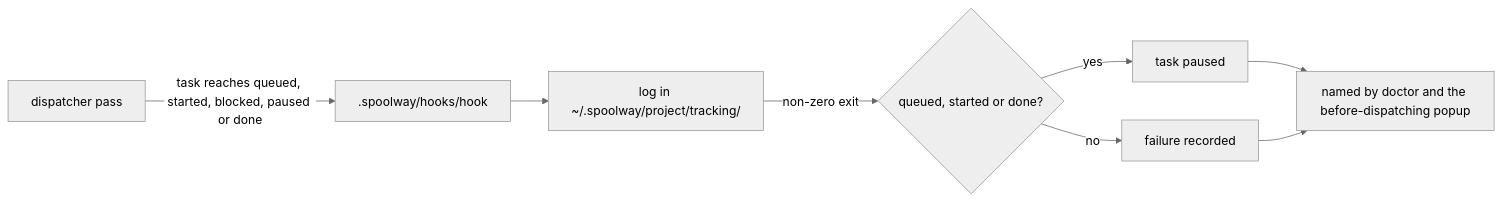
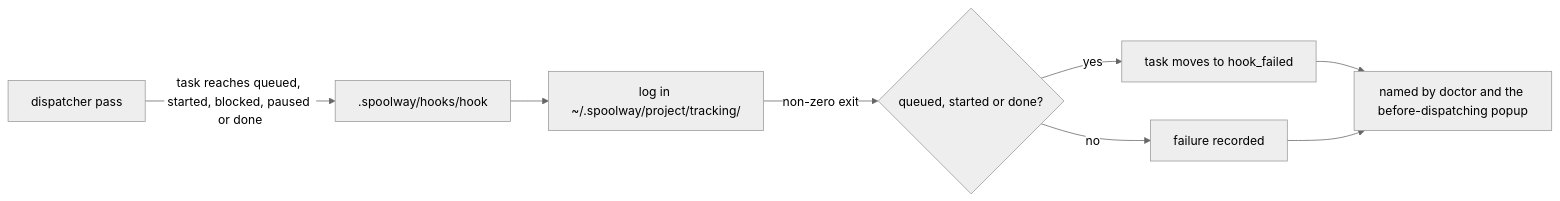
The first of 2 diagrams in docs/configuration.md (marvingygas/spoolway), drawn with Mermaid (neutral theme) before and after one commit. The commit also changed other lines of this file and 24 other files, not shown here.

Commit message:
feat(dispatch): stop a task on its own hook_failed stage when an issue hook fails

````diff
--- a/docs/configuration.md
+++ b/docs/configuration.md
@@ -525,10 +528,10 @@
 ```mermaid
 flowchart LR
   A[dispatcher pass] -->|task reaches queued, started, blocked, paused or done| B[.spoolway/hooks/hook]
   B --> C[log in ~/.spoolway/project/tracking/]
   C -->|non-zero exit| D{queued, started or done?}
-  D -->|yes| E[task paused]
+  D -->|yes| E[task moves to hook_failed]
   D -->|no| F[failure recorded]
   E --> G[named by doctor and the before-dispatching popup]
   F --> G
 ```
````
